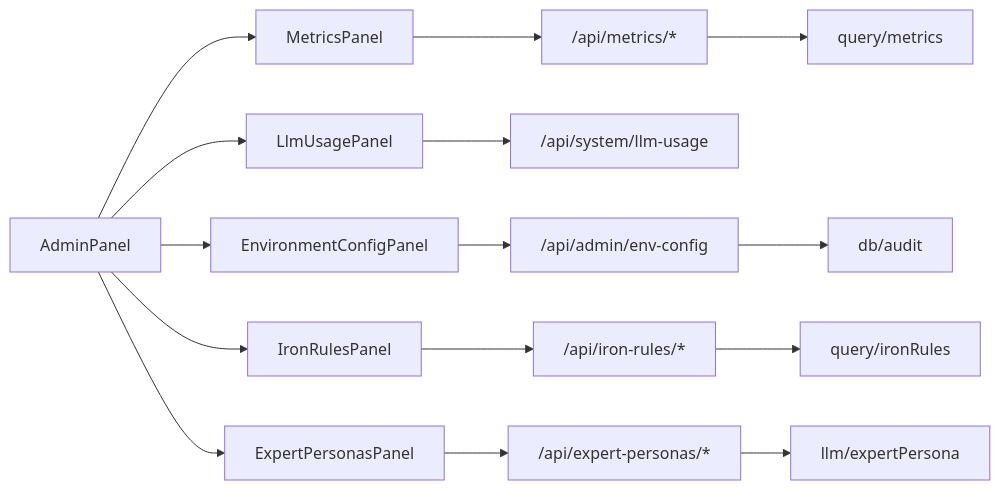
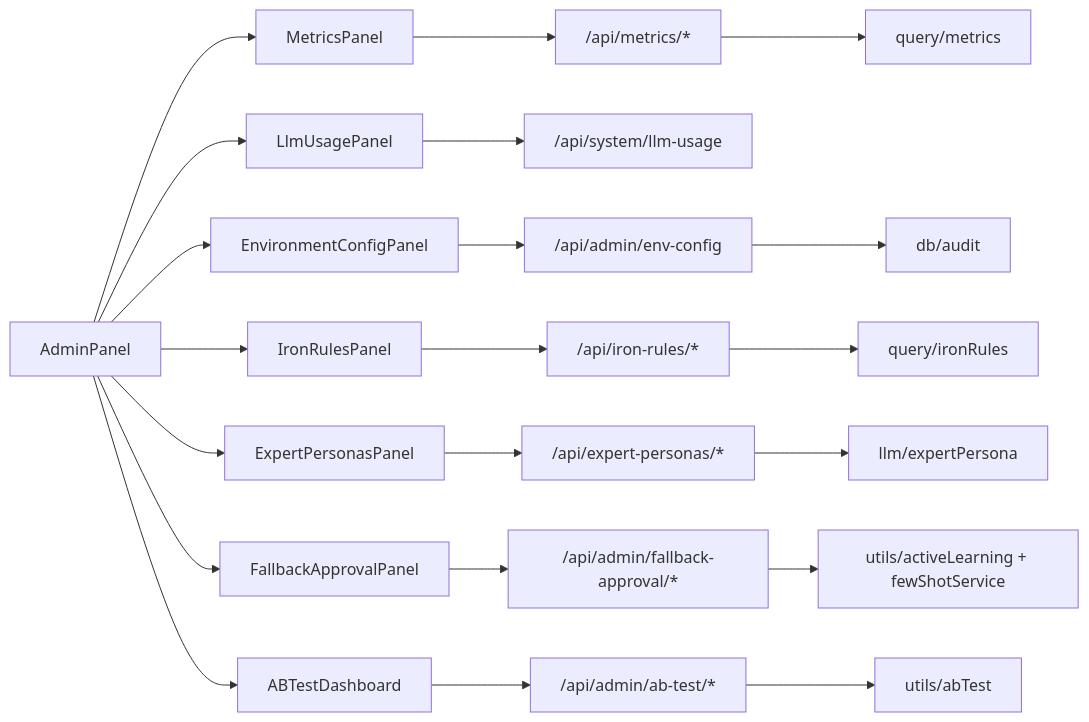
Before and after one commit to dgjin/smart-data-analytics: diagram 11 of 11 in .qoder/repowiki/zh/content/前端应用/核心组件库/管理面板组件.md, drawn with Mermaid. The commit also changed other lines of this file and 66 other files, not shown here.

````diff
--- a/.qoder/repowiki/zh/content/前端应用/核心组件库/管理面板组件.md
+++ b/.qoder/repowiki/zh/content/前端应用/核心组件库/管理面板组件.md
@@ -356,17 +486,23 @@
 ```mermaid
 graph LR
 FE_Admin["AdminPanel"] --> FE_Metrics["MetricsPanel"]
 FE_Admin --> FE_Usage["LlmUsagePanel"]
 FE_Admin --> Fe_Env["EnvironmentConfigPanel"]
 FE_Admin --> Fe_Iron["IronRulesPanel"]
 FE_Admin --> Fe_Persona["ExpertPersonasPanel"]
+FE_Admin --> Fe_Fallback["FallbackApprovalPanel"]
+FE_Admin --> Fe_ABTest["ABTestDashboard"]
 FE_Metrics --> BE_Metrics["/api/metrics/*"]
 FE_Usage --> BE_Query["/api/system/llm-usage"]
 Fe_Env --> BE_Admin["/api/admin/env-config"]
 Fe_Iron --> BE_Iron["/api/iron-rules/*"]
 Fe_Persona --> BE_Persona["/api/expert-personas/*"]
+Fe_Fallback --> BE_Fallback["/api/admin/fallback-approval/*"]
+Fe_ABTest --> BE_ABTest["/api/admin/ab-test/*"]
 BE_Metrics --> Service_Metrics["query/metrics"]
 BE_Iron --> Service_Iron["query/ironRules"]
 BE_Persona --> Service_Persona["llm/expertPersona"]
 BE_Admin --> Service_Admin["db/audit"]
+BE_Fallback --> Service_Fallback["utils/activeLearning + fewShotService"]
+BE_ABTest --> Service_ABTest["utils/abTest"]
 ```
````
